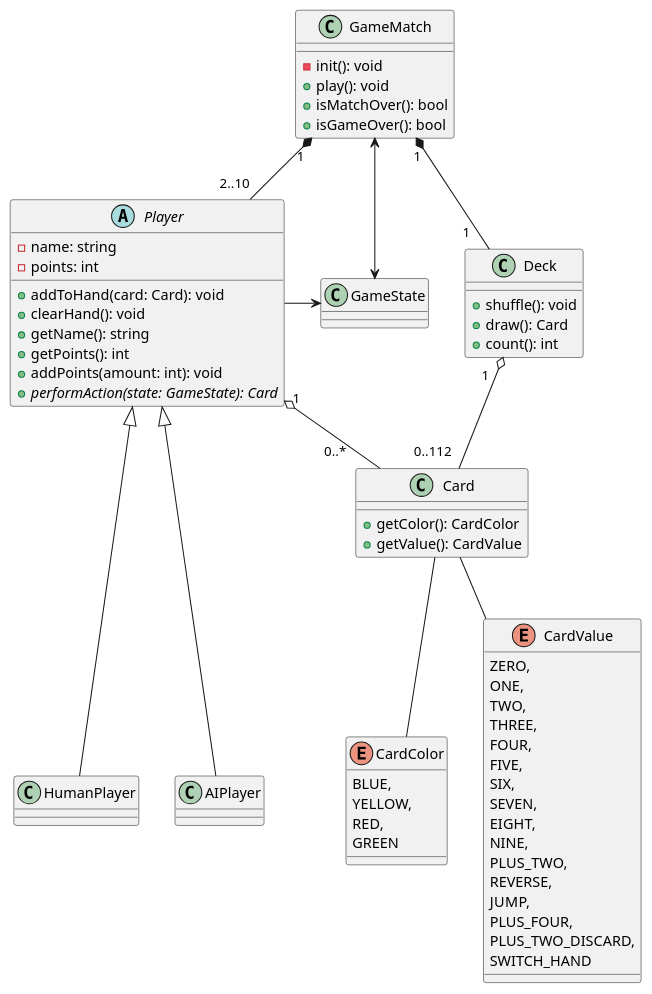
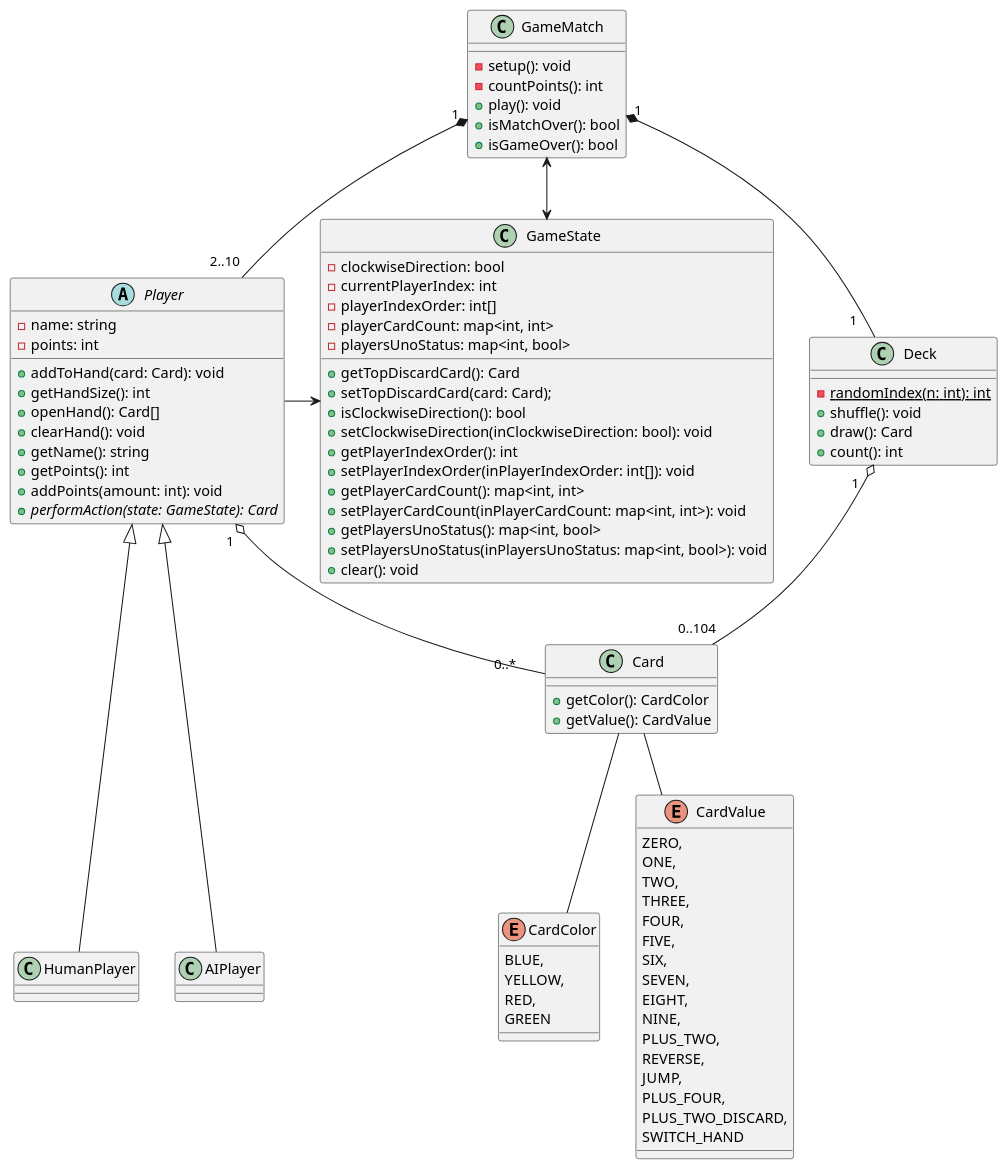
One commit to danilobezerra/uno-game changed the diagram in docs/ClassDiagram.puml. Above: the diagram before and after it, drawn with PlantUML.

Commit message:
Update class diagram

```diff
--- a/docs/ClassDiagram.puml
+++ b/docs/ClassDiagram.puml
@@ -1,77 +1,97 @@
 @startuml
 'https://plantuml.com/class-diagram
 
 enum CardColor {
     BLUE,
     YELLOW,
     RED,
     GREEN
 }
 
 enum CardValue {
     ZERO,
     ONE,
     TWO,
     THREE,
     FOUR,
     FIVE,
     SIX,
     SEVEN,
     EIGHT,
     NINE,
     PLUS_TWO,
     REVERSE,
     JUMP,
     PLUS_FOUR,
     PLUS_TWO_DISCARD,
     SWITCH_HAND
 }
 
 class Card {
     + getColor(): CardColor
     + getValue(): CardValue
 }
 
 class Deck {
 
+    - {static} randomIndex(n: int): int
     + shuffle(): void
     + draw(): Card
     + count(): int
 }
 
 class GameMatch {
 
-    - init(): void
+    - setup(): void
+    - countPoints(): int
     + play(): void
     + isMatchOver(): bool
     + isGameOver(): bool
 }
 
 class GameState {
+    - clockwiseDirection: bool
+    - currentPlayerIndex: int
+    - playerIndexOrder: int[]
+    - playerCardCount: map<int, int>
+    - playersUnoStatus: map<int, bool>
 
+    + getTopDiscardCard(): Card
+    + setTopDiscardCard(card: Card);
+    + isClockwiseDirection(): bool
+    + setClockwiseDirection(inClockwiseDirection: bool): void
+    + getPlayerIndexOrder(): int
+    + setPlayerIndexOrder(inPlayerIndexOrder: int[]): void
+    + getPlayerCardCount(): map<int, int>
+    + setPlayerCardCount(inPlayerCardCount: map<int, int>): void
+    + getPlayersUnoStatus(): map<int, bool>
+    + setPlayersUnoStatus(inPlayersUnoStatus: map<int, bool>): void
+    + clear(): void
 }
 
 abstract class Player {
     - name: string
     - points: int
 
     + addToHand(card: Card): void
+    + getHandSize(): int
+    + openHand(): Card[]
     + clearHand(): void
     + getName(): string
     + getPoints(): int
     + addPoints(amount: int): void
     + {abstract} performAction(state: GameState): Card
 }
 
 Card  --  CardColor
 Card  --  CardValue
-Deck "1   " o-- "0..112  " Card
+Deck "1   " o-- "0..104  " Card
 Player <|--- HumanPlayer
 Player <|--- AIPlayer
 Player "1  " o-- "0..*      " Card
 Player -> GameState
 GameMatch "1" *-- "2..10  " Player
 GameMatch "1" *-- "1    " Deck
 GameMatch <-> GameState
 
 @enduml
```
